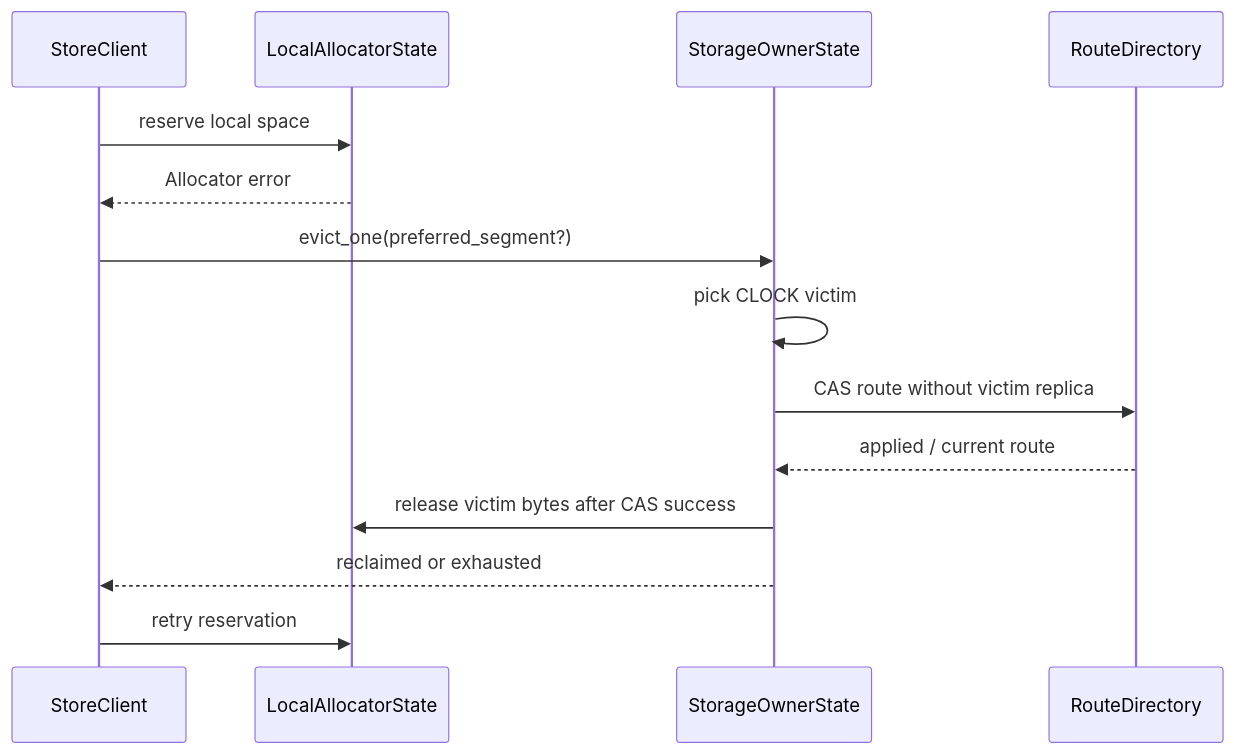
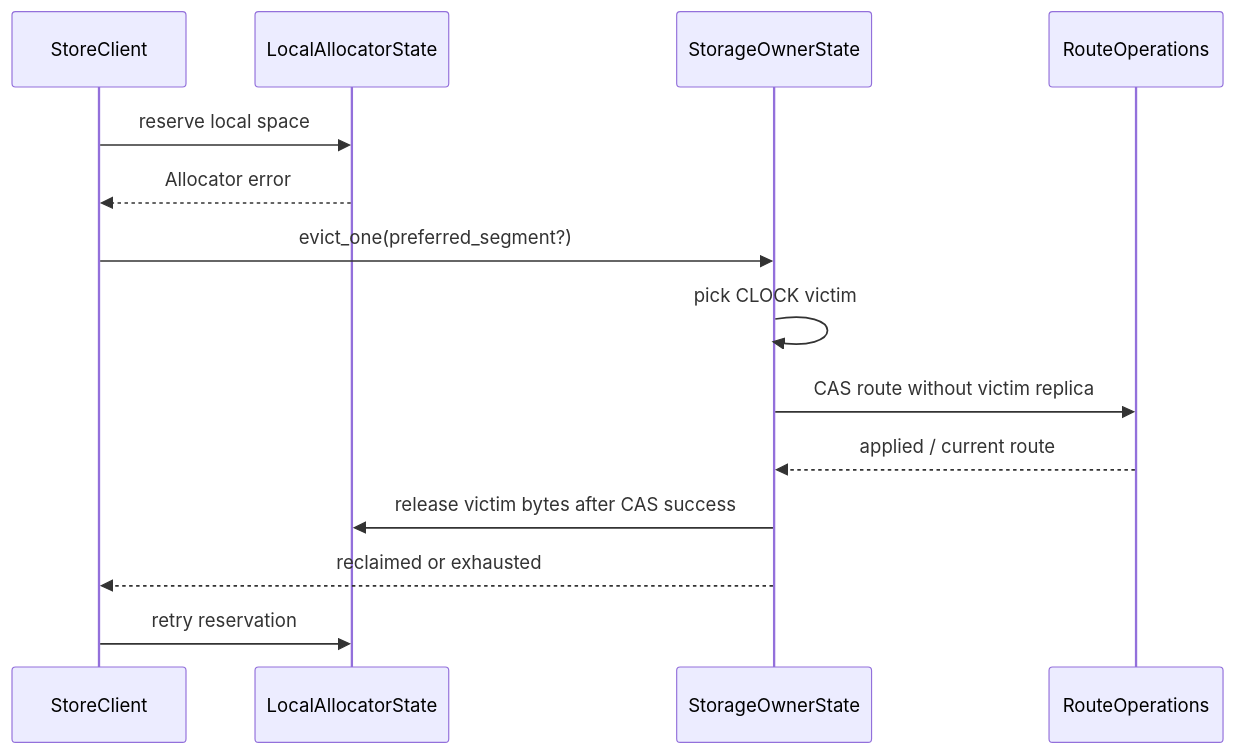
Before and after one commit to kvcache-ai/Mooncake: the fourth of 4 diagrams in mooncake-store/store-rs/docs/architecture.md, drawn with Mermaid. The commit also changed other lines of this file and 10 other files, not shown here.

Commit message:
[Store-RS] add route operations facade

````diff
--- a/mooncake-store/store-rs/docs/architecture.md
+++ b/mooncake-store/store-rs/docs/architecture.md
@@ -279,17 +279,17 @@
 ```mermaid
 sequenceDiagram
     participant Client as StoreClient
     participant Alloc as LocalAllocatorState
     participant Evict as StorageOwnerState
-    participant Route as RouteDirectory
+    participant Route as RouteOperations
 
     Client->>Alloc: reserve local space
     Alloc-->>Client: Allocator error
     Client->>Evict: evict_one(preferred_segment?)
     Evict->>Evict: pick CLOCK victim
     Evict->>Route: CAS route without victim replica
     Route-->>Evict: applied / current route
     Evict->>Alloc: release victim bytes after CAS success
     Evict-->>Client: reclaimed or exhausted
     Client->>Alloc: retry reservation
 ```
````
